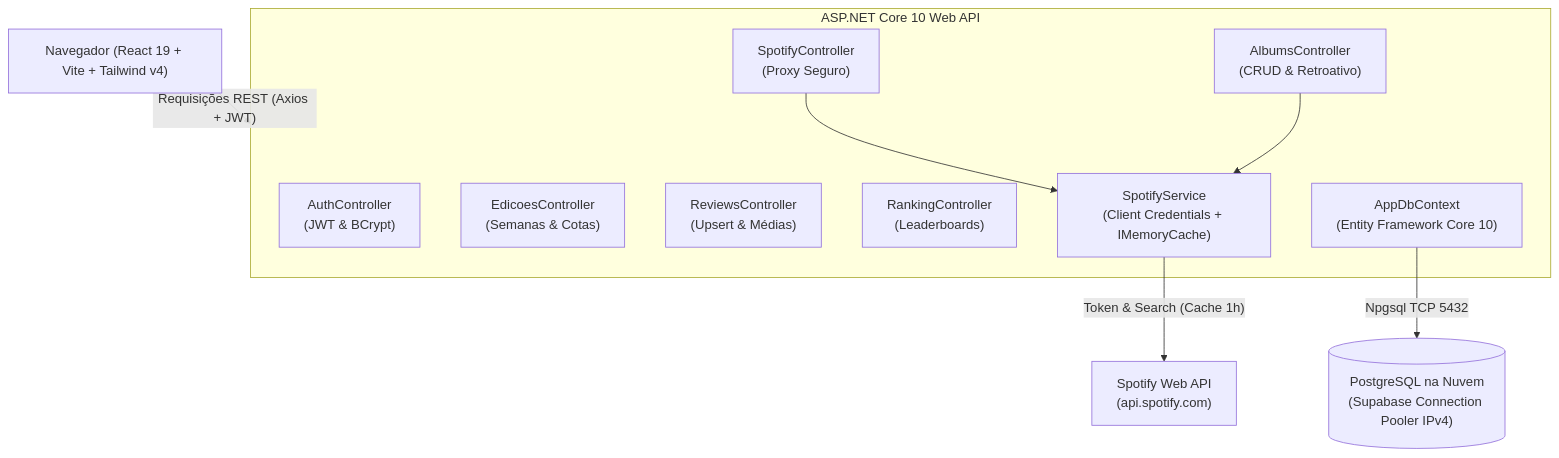
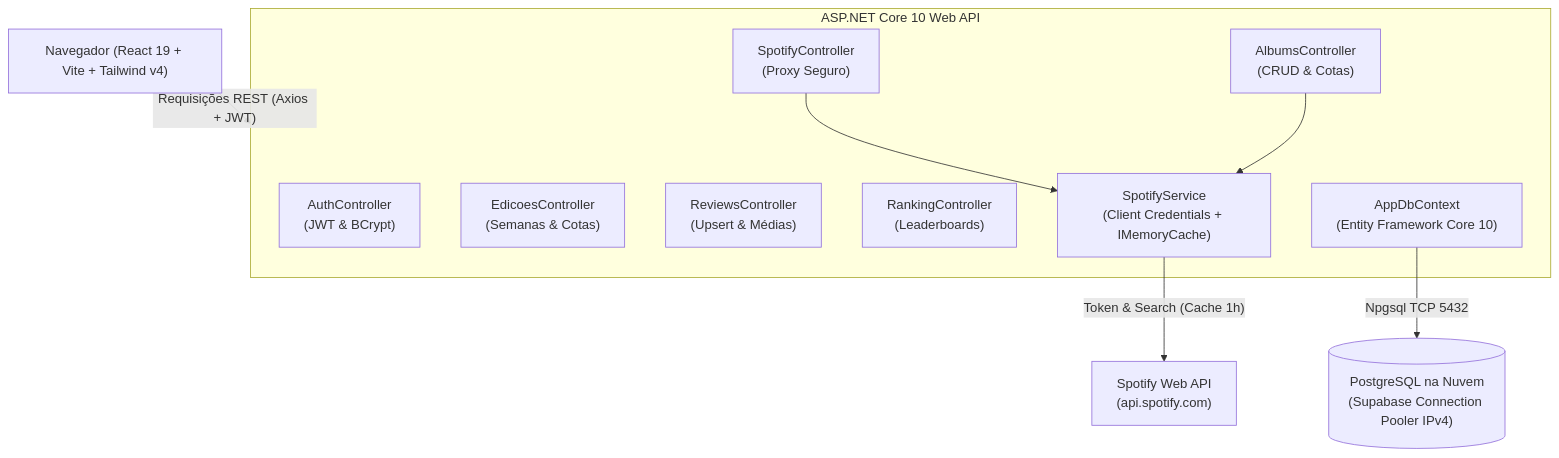
Before and after one commit to lg8609a/clube-do-album: the diagram in DOCUMENTACAO.md, drawn with Mermaid. The commit also changed other lines of this file and 6 other files, not shown here.

````diff
--- a/DOCUMENTACAO.md
+++ b/DOCUMENTACAO.md
@@ -164,25 +175,25 @@
 ```mermaid
 flowchart TD
     UserClient["Navegador (React 19 + Vite + Tailwind v4)"]
     
     subgraph BackendAPI [ASP.NET Core 10 Web API]
         AuthController["AuthController\n(JWT & BCrypt)"]
-        AlbumsController["AlbumsController\n(CRUD & Retroativo)"]
+        AlbumsController["AlbumsController\n(CRUD & Cotas)"]
         EdicoesController["EdicoesController\n(Semanas & Cotas)"]
         ReviewsController["ReviewsController\n(Upsert & Médias)"]
         RankingController["RankingController\n(Leaderboards)"]
         SpotifyController["SpotifyController\n(Proxy Seguro)"]
         
         SpotifyService["SpotifyService\n(Client Credentials + IMemoryCache)"]
         DbContext["AppDbContext\n(Entity Framework Core 10)"]
     end
     
     SpotifyAPI["Spotify Web API\n(api.spotify.com)"]
     SupabaseDB[("PostgreSQL na Nuvem\n(Supabase Connection Pooler IPv4)")]
 
     UserClient -->|"Requisições REST (Axios + JWT)"| BackendAPI
     SpotifyController --> SpotifyService
     AlbumsController --> SpotifyService
     SpotifyService -->|"Token & Search (Cache 1h)"| SpotifyAPI
     DbContext -->|"Npgsql TCP 5432"| SupabaseDB
 ```
````
